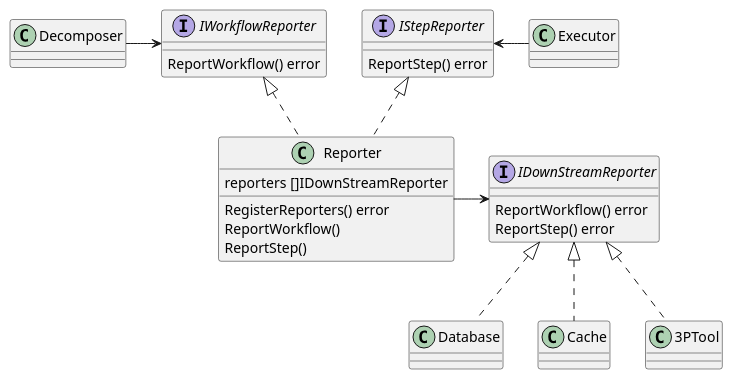
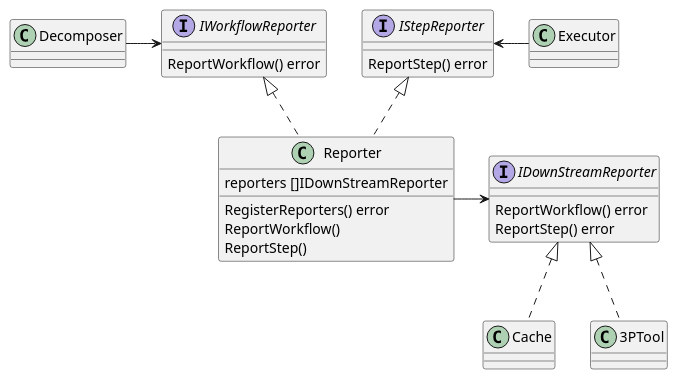
One commit to COSSAS/SOARCA changed the first of 2 diagrams in docs/content/en/docs/core-components/reporting.md. Above: the diagram before and after it, drawn with PlantUML. The commit also changed other lines of this file, not shown here.

Commit message:
first cache reporter documentation

````diff
--- a/docs/content/en/docs/core-components/reporting.md
+++ b/docs/content/en/docs/core-components/reporting.md
@@ -29,46 +28,43 @@
 ```plantuml
 @startuml
 set separator ::
 
 interface IStepReporter{
    ReportStep() error
 }
 
 interface IWorkflowReporter{
     ReportWorkflow() error
 }
 
 
 interface IDownStreamReporter {
     ReportWorkflow() error
 	ReportStep() error
 }
 
 class Reporter {
     reporters []IDownStreamReporter
 
     RegisterReporters() error
     ReportWorkflow()
     ReportStep()
 }
 
-class Database
 class Cache
 class 3PTool
 
 class Decomposer
 class Executor
 
 Decomposer -right-> IWorkflowReporter
 Executor -left-> IStepReporter
 
 Reporter .up.|> IStepReporter
 Reporter .up.|> IWorkflowReporter
 Reporter -right-> IDownStreamReporter
 
-
-Database .up.|> IDownStreamReporter
 Cache .up.|> IDownStreamReporter
 3PTool .up.|> IDownStreamReporter
 
 ```
````
